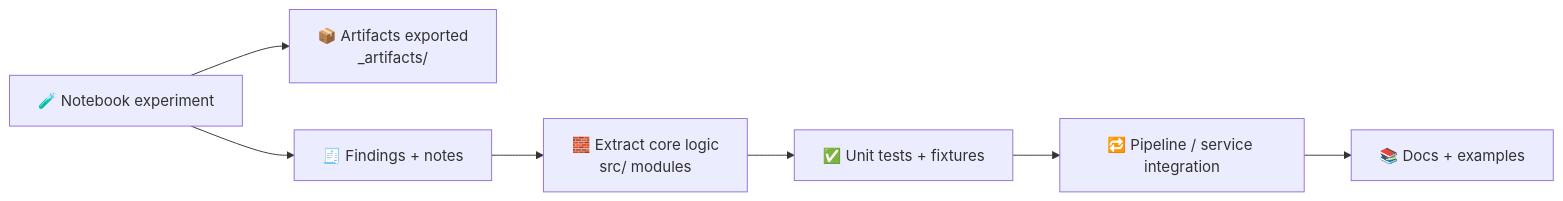
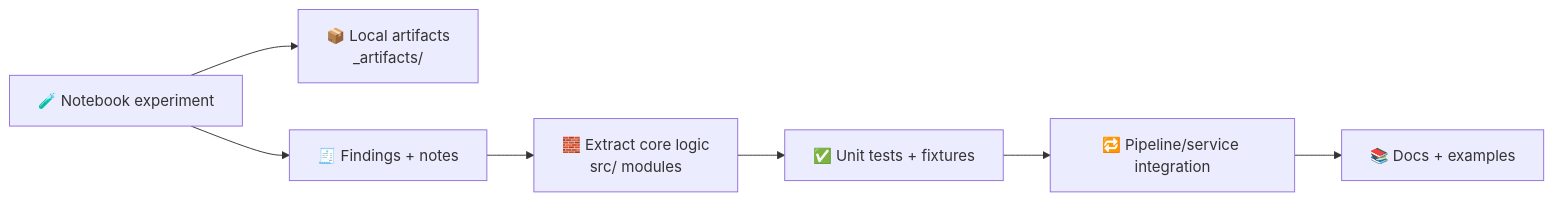
Before and after one commit to bartytime4life/Kansas-Frontier-Matrix: the diagram in notebooks/README.md, drawn with Mermaid. The commit also changed other lines of this file, not shown here.

````diff
--- a/notebooks/README.md
+++ b/notebooks/README.md
@@ -186,9 +137,9 @@
 ```mermaid
 flowchart LR
-  A[🧪 Notebook experiment] --> B[📦 Artifacts exported<br/>_artifacts/]
+  A[🧪 Notebook experiment] --> B[📦 Local artifacts<br/>_artifacts/]
   A --> C[🧾 Findings + notes]
   C --> D[🧱 Extract core logic<br/>src/ modules]
   D --> E[✅ Unit tests + fixtures]
-  E --> F[🔁 Pipeline / service integration]
+  E --> F[🔁 Pipeline/service integration]
   F --> G[📚 Docs + examples]
 ```
````
